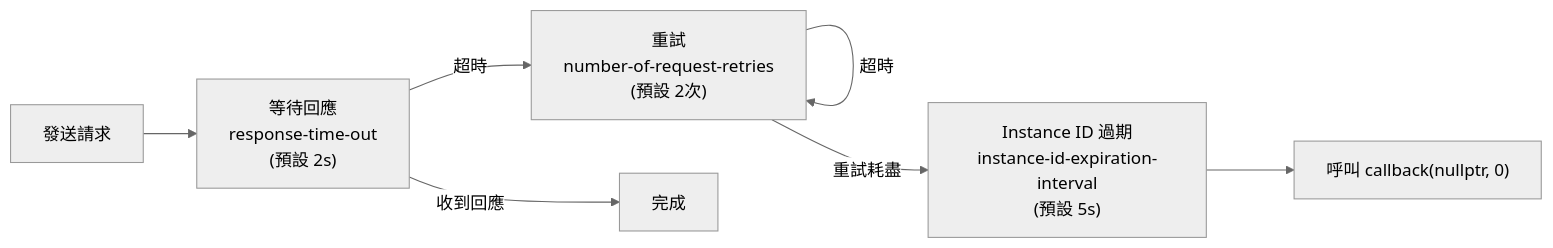
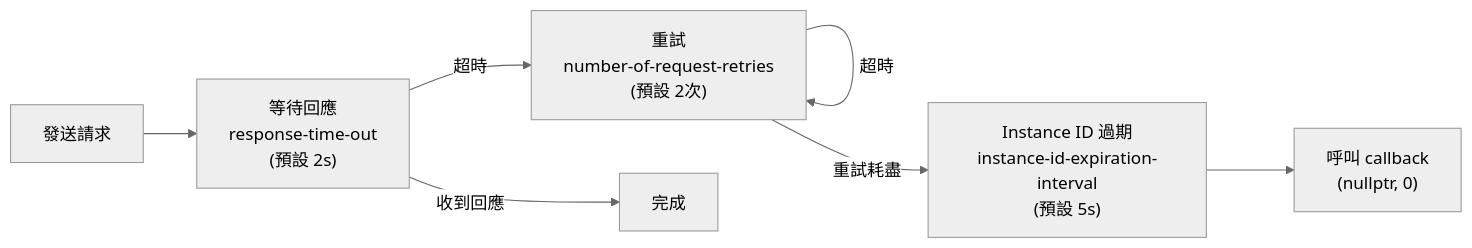
One commit to chilung-cgu/bmc-firmware-knowledge-base changed the diagram in pldm/Troubleshooting.md. Above: the diagram before and after it, drawn with Mermaid (neutral theme). The commit also changed 18 other files, not shown here.

First line of the commit message:
docs(pldm): 批量優化 Mermaid 流程圖排版解決文字截斷問題

````diff
--- a/pldm/Troubleshooting.md
+++ b/pldm/Troubleshooting.md
@@ -248,10 +248,10 @@
 ```mermaid
 graph LR
     Send["發送請求"] --> Wait["等待回應<br/>response-time-out<br/>(預設 2s)"]
     Wait -->|"超時"| Retry["重試<br/>number-of-request-retries<br/>(預設 2次)"]
     Retry -->|"超時"| Retry
     Retry -->|"重試耗盡"| Expire["Instance ID 過期<br/>instance-id-expiration-interval<br/>(預設 5s)"]
-    Expire --> Callback["呼叫 callback(nullptr, 0)"]
+    Expire --> Callback["呼叫 callback<br/>(nullptr, 0)"]
 
     Wait -->|"收到回應"| Done["完成"]
 ```
````
